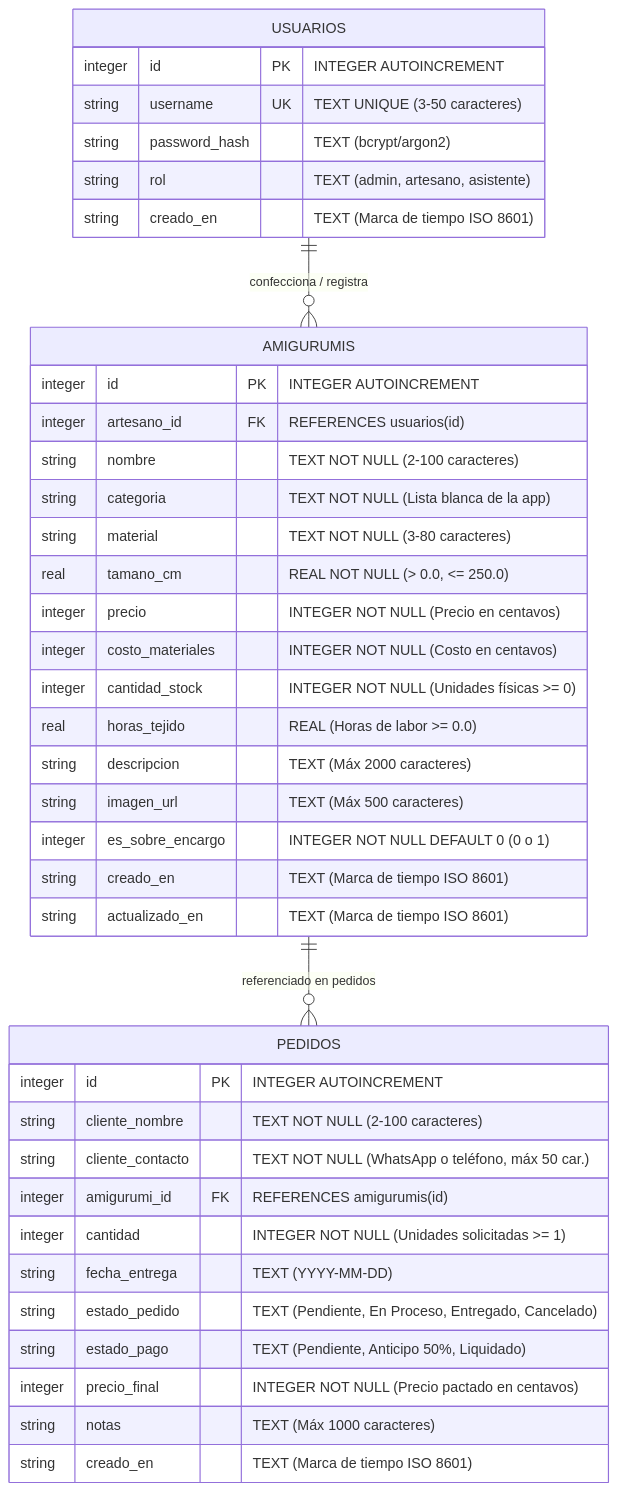
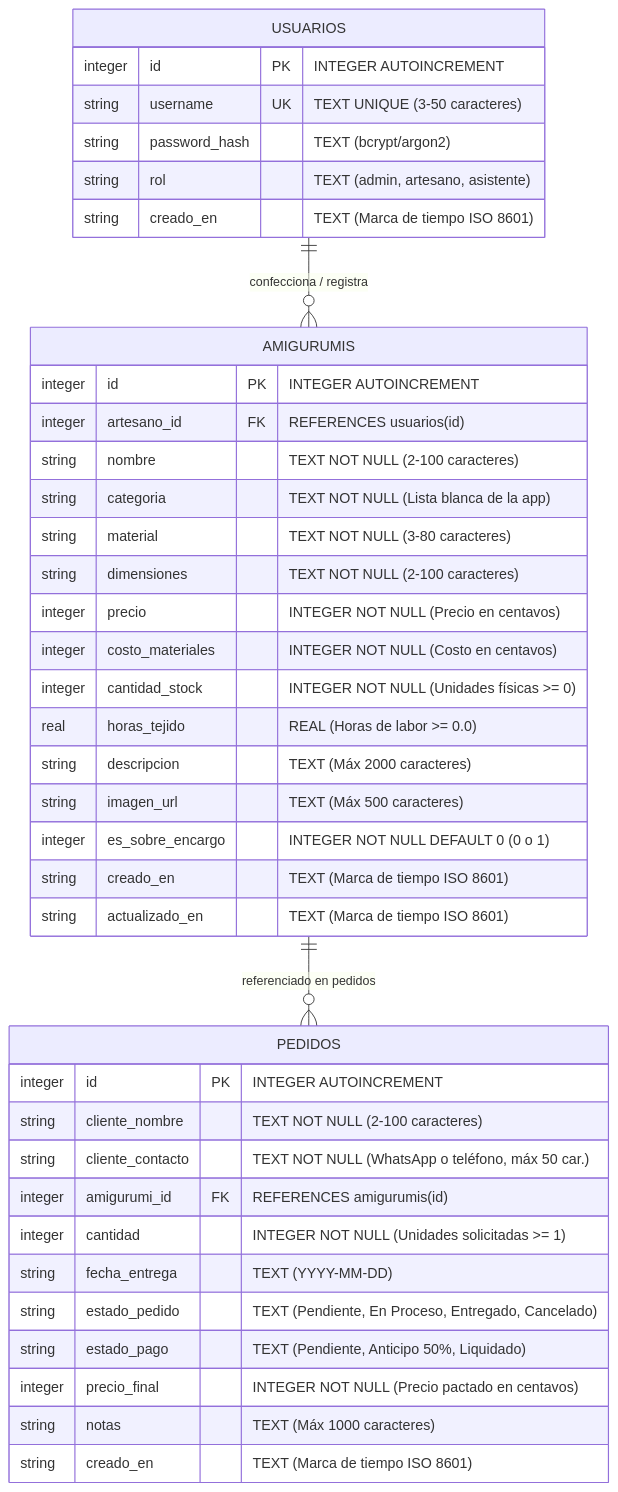
The diagram in docs/data-model.es.md (AngelKero/amigurumi-manager), drawn with Mermaid before and after one commit. The commit also changed other lines of this file and 24 other files, not shown here.

````diff
--- a/docs/data-model.es.md
+++ b/docs/data-model.es.md
@@ -18,45 +18,45 @@
 ```mermaid
 erDiagram
     USUARIOS {
         integer id PK "INTEGER AUTOINCREMENT"
         string username UK "TEXT UNIQUE (3-50 caracteres)"
         string password_hash "TEXT (bcrypt/argon2)"
         string rol "TEXT (admin, artesano, asistente)"
         string creado_en "TEXT (Marca de tiempo ISO 8601)"
     }
 
     AMIGURUMIS {
         integer id PK "INTEGER AUTOINCREMENT"
         integer artesano_id FK "REFERENCES usuarios(id)"
         string nombre "TEXT NOT NULL (2-100 caracteres)"
         string categoria "TEXT NOT NULL (Lista blanca de la app)"
         string material "TEXT NOT NULL (3-80 caracteres)"
-        real tamano_cm "REAL NOT NULL (> 0.0, <= 250.0)"
+        string dimensiones "TEXT NOT NULL (2-100 caracteres)"
         integer precio "INTEGER NOT NULL (Precio en centavos)"
         integer costo_materiales "INTEGER NOT NULL (Costo en centavos)"
         integer cantidad_stock "INTEGER NOT NULL (Unidades físicas >= 0)"
         real horas_tejido "REAL (Horas de labor >= 0.0)"
         string descripcion "TEXT (Máx 2000 caracteres)"
         string imagen_url "TEXT (Máx 500 caracteres)"
         integer es_sobre_encargo "INTEGER NOT NULL DEFAULT 0 (0 o 1)"
         string creado_en "TEXT (Marca de tiempo ISO 8601)"
         string actualizado_en "TEXT (Marca de tiempo ISO 8601)"
     }
 
     PEDIDOS {
         integer id PK "INTEGER AUTOINCREMENT"
         string cliente_nombre "TEXT NOT NULL (2-100 caracteres)"
         string cliente_contacto "TEXT NOT NULL (WhatsApp o teléfono, máx 50 car.)"
         integer amigurumi_id FK "REFERENCES amigurumis(id)"
         integer cantidad "INTEGER NOT NULL (Unidades solicitadas >= 1)"
         string fecha_entrega "TEXT (YYYY-MM-DD)"
         string estado_pedido "TEXT (Pendiente, En Proceso, Entregado, Cancelado)"
         string estado_pago "TEXT (Pendiente, Anticipo 50%, Liquidado)"
         integer precio_final "INTEGER NOT NULL (Precio pactado en centavos)"
         string notas "TEXT (Máx 1000 caracteres)"
         string creado_en "TEXT (Marca de tiempo ISO 8601)"
     }
 
     USUARIOS ||--o{ AMIGURUMIS : "confecciona / registra"
     AMIGURUMIS ||--o{ PEDIDOS : "referenciado en pedidos"
 ```
````
